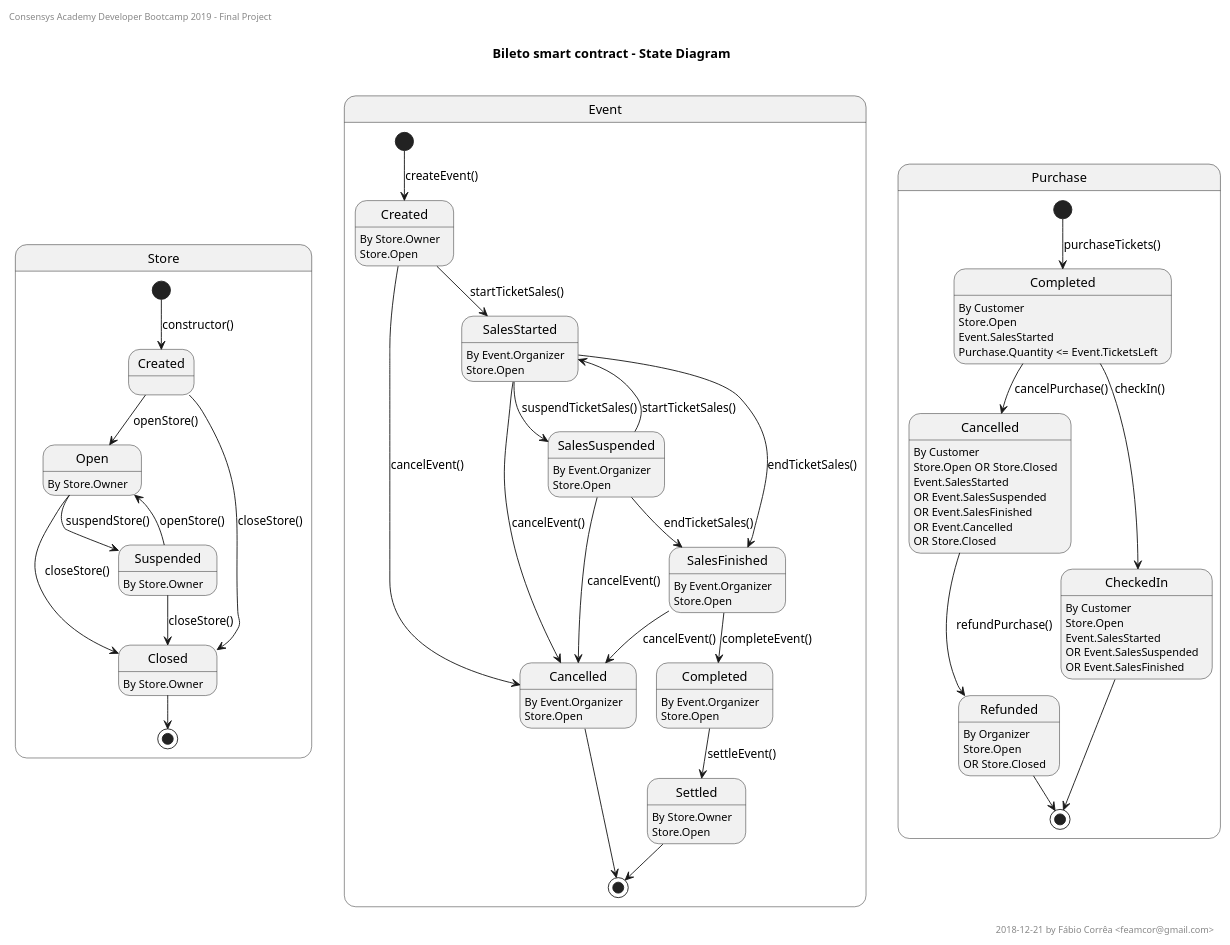
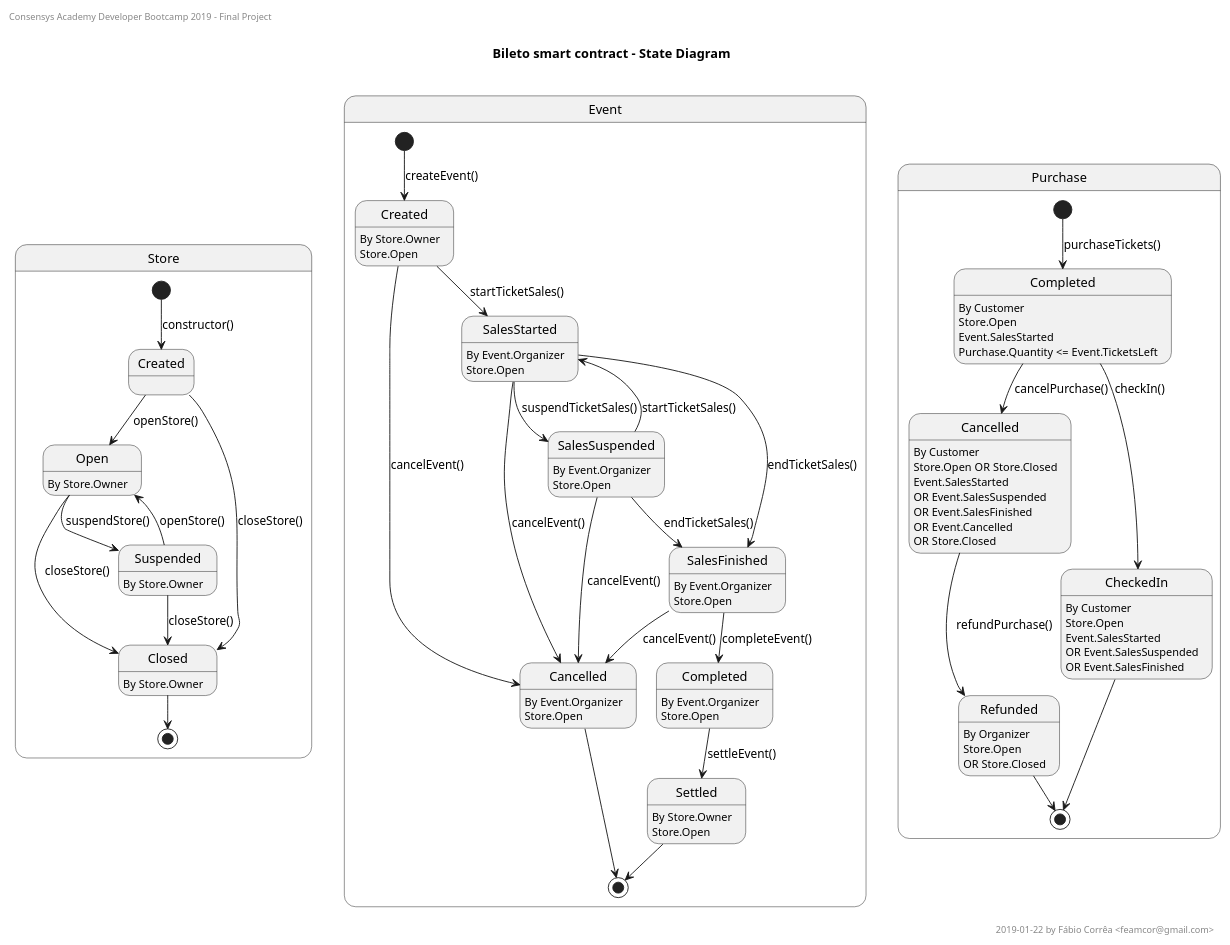
Before and after one commit to dev-bootcamp-2019/final-project-feamcor: the diagram in bileto_state_diagram.pu, drawn with PlantUML. The commit also changed 1 other file, not shown here.

```diff
--- a/bileto_state_diagram.pu
+++ b/bileto_state_diagram.pu
@@ -1,82 +1,82 @@
 @startuml bileto_state_diagram
 skinparam Monochrome true
 left header Consensys Academy Developer Bootcamp 2019 - Final Project\n
-right footer \n2018-12-21 by Fábio Corrêa <feamcor@gmail.com>
+right footer \n2019-01-22 by Fábio Corrêa <feamcor@gmail.com>
 
 title Bileto smart contract - State Diagram\n
 
 state Store {
     [*] --> Store.Created: constructor()
     Store.Created --> Store.Open: openStore()
     Store.Open: By Store.Owner
     Store.Created --> Store.Closed: closeStore()
     Store.Closed: By Store.Owner
     Store.Open --> Store.Suspended: suspendStore()
     Store.Suspended: By Store.Owner
     Store.Open --> Store.Closed: closeStore()
     Store.Suspended --> Store.Open: openStore()
     Store.Suspended --> Store.Closed: closeStore()
     ' Store.Closed: Store.RefundableBalance is Zero
     Store.Closed --> [*]
 }
 
 state Event {
     [*] --> Event.Created: createEvent()
     Event.Created: By Store.Owner
     Event.Created: Store.Open
     Event.Created --> Event.SalesStarted: startTicketSales()
     Event.Created --> Event.Cancelled: cancelEvent()
     Event.SalesStarted: By Event.Organizer
     Event.SalesStarted: Store.Open
     Event.SalesStarted --> Event.SalesSuspended: suspendTicketSales()
     Event.SalesStarted --> Event.SalesFinished: endTicketSales()
     Event.SalesStarted --> Event.Cancelled: cancelEvent()
     Event.SalesSuspended: By Event.Organizer
     Event.SalesSuspended: Store.Open
     Event.SalesSuspended --> Event.SalesStarted: startTicketSales()
     Event.SalesSuspended --> Event.SalesFinished: endTicketSales()
     Event.SalesSuspended --> Event.Cancelled: cancelEvent()
     Event.SalesFinished: By Event.Organizer
     Event.SalesFinished: Store.Open
     Event.SalesFinished --> Event.Completed: completeEvent()
     Event.SalesFinished --> Event.Cancelled: cancelEvent()
     Event.Completed: By Event.Organizer
     Event.Completed: Store.Open
     Event.Completed --> Event.Settled: settleEvent()
     Event.Settled: By Store.Owner
     Event.Settled: Store.Open
     Event.Settled --> [*]
     Event.Cancelled: By Event.Organizer
     Event.Cancelled: Store.Open
     Event.Cancelled --> [*]
 }
 
 state Purchase {
     [*] --> Purchase.Completed: purchaseTickets()
     Purchase.Completed: By Customer
     Purchase.Completed: Store.Open
     Purchase.Completed: Event.SalesStarted
     Purchase.Completed: Purchase.Quantity <= Event.TicketsLeft
     Purchase.Completed --> Purchase.Cancelled: cancelPurchase()
     Purchase.Cancelled: By Customer
     Purchase.Cancelled: Store.Open OR Store.Closed
     Purchase.Cancelled: Event.SalesStarted
     Purchase.Cancelled: OR Event.SalesSuspended
     Purchase.Cancelled: OR Event.SalesFinished
     Purchase.Cancelled: OR Event.Cancelled
     Purchase.Cancelled: OR Store.Closed
     Purchase.Cancelled --> Purchase.Refunded: refundPurchase()
     Purchase.Refunded: By Organizer
     Purchase.Refunded: Store.Open
     Purchase.Refunded: OR Store.Closed
     Purchase.Refunded --> [*]
     Purchase.Completed --> Purchase.CheckedIn: checkIn()
     Purchase.CheckedIn: By Customer
     Purchase.CheckedIn: Store.Open
     Purchase.CheckedIn: Event.SalesStarted
     Purchase.CheckedIn: OR Event.SalesSuspended
     Purchase.CheckedIn: OR Event.SalesFinished
     Purchase.CheckedIn --> [*]
 }
 
 @enduml
```
